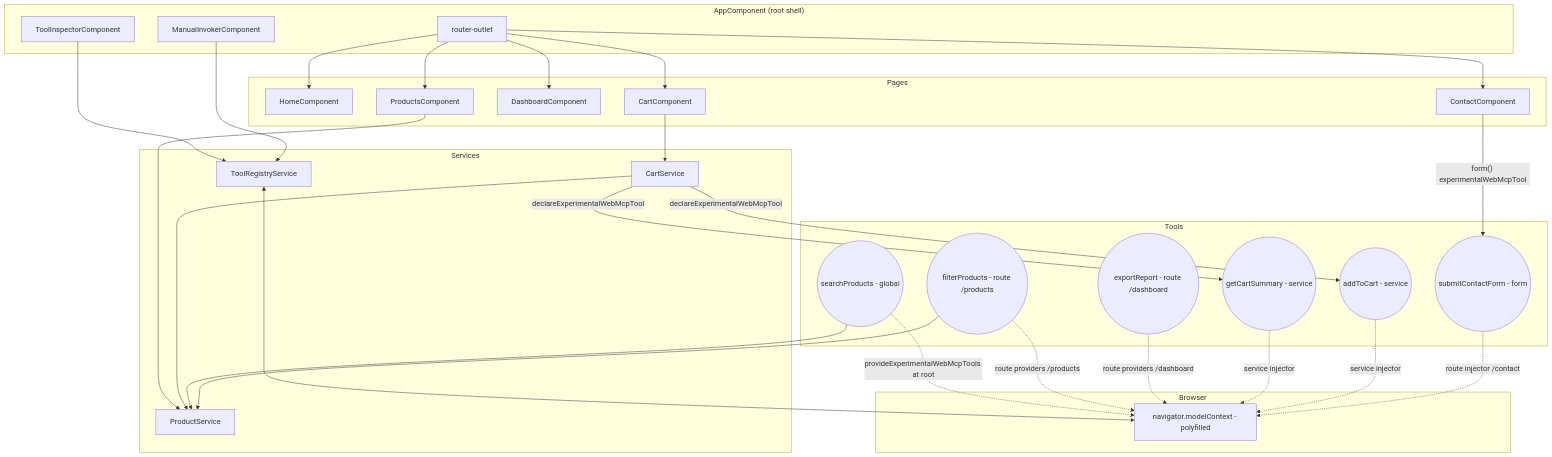
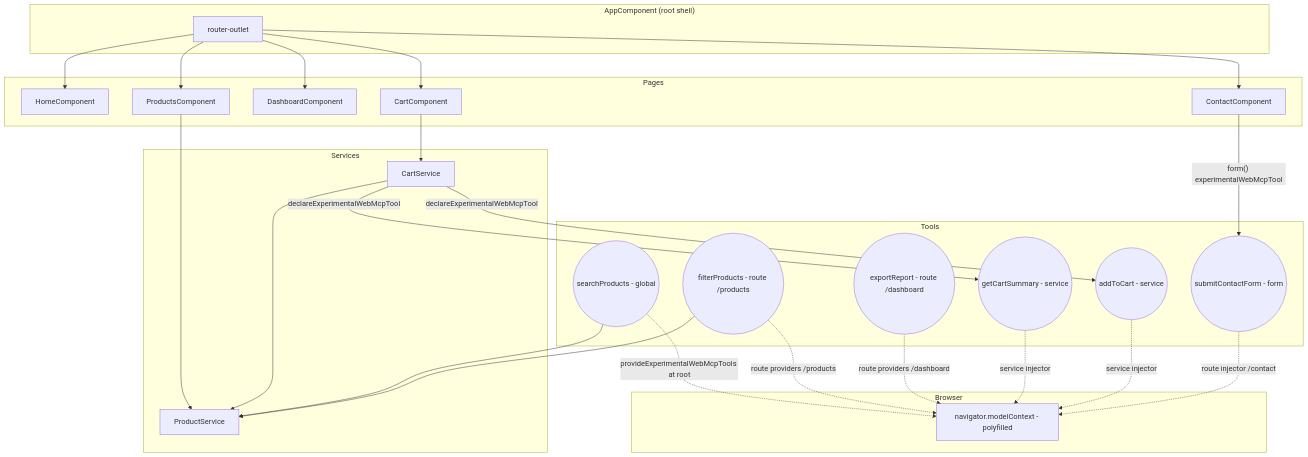
One commit to 9kubczas4/web-mcp-angular changed the diagram in .kiro/specs/webmcp-angular-demo/design.md. Above: the diagram before and after it, drawn with Mermaid. The commit also changed other lines of this file and 51 other files, not shown here.

First line of the commit message:
feat(webmcp-angular-demo): restructure project to remove duplicate UI and modernize architecture

````diff
--- a/.kiro/specs/webmcp-angular-demo/design.md
+++ b/.kiro/specs/webmcp-angular-demo/design.md
@@ -67,61 +68,54 @@
 ```mermaid
 graph TD
   subgraph Browser
     NMC[navigator.modelContext - polyfilled]
   end
 
   subgraph App["AppComponent (root shell)"]
     Outlet[router-outlet]
-    Inspector[ToolInspectorComponent]
-    Invoker[ManualInvokerComponent]
   end
 
   subgraph Pages
     Home[HomeComponent]
     Products[ProductsComponent]
     Dashboard[DashboardComponent]
     Cart[CartComponent]
     Contact[ContactComponent]
   end
 
   subgraph Services
-    Registry[ToolRegistryService]
     ProductSvc[ProductService]
     CartSvc[CartService]
   end
 
   subgraph Tools
     SearchProducts((searchProducts - global))
     FilterProducts((filterProducts - route /products))
     ExportReport((exportReport - route /dashboard))
     GetCartSummary((getCartSummary - service))
     AddToCart((addToCart - service))
     SubmitContact((submitContactForm - form))
   end
 
   Outlet --> Home
   Outlet --> Products
   Outlet --> Dashboard
   Outlet --> Cart
   Outlet --> Contact
 
-  Inspector --> Registry
-  Invoker --> Registry
-  Registry <--> NMC
-
   SearchProducts -. provideExperimentalWebMcpTools at root .-> NMC
   FilterProducts -. route providers /products .-> NMC
   ExportReport -. route providers /dashboard .-> NMC
   CartSvc -- declareExperimentalWebMcpTool --> GetCartSummary
   CartSvc -- declareExperimentalWebMcpTool --> AddToCart
   GetCartSummary -. service injector .-> NMC
   AddToCart -. service injector .-> NMC
   Contact -- form() experimentalWebMcpTool --> SubmitContact
   SubmitContact -. route injector /contact .-> NMC
 
   Products --> ProductSvc
   Cart --> CartSvc
   CartSvc --> ProductSvc
   SearchProducts --> ProductSvc
   FilterProducts --> ProductSvc
 ```
````
